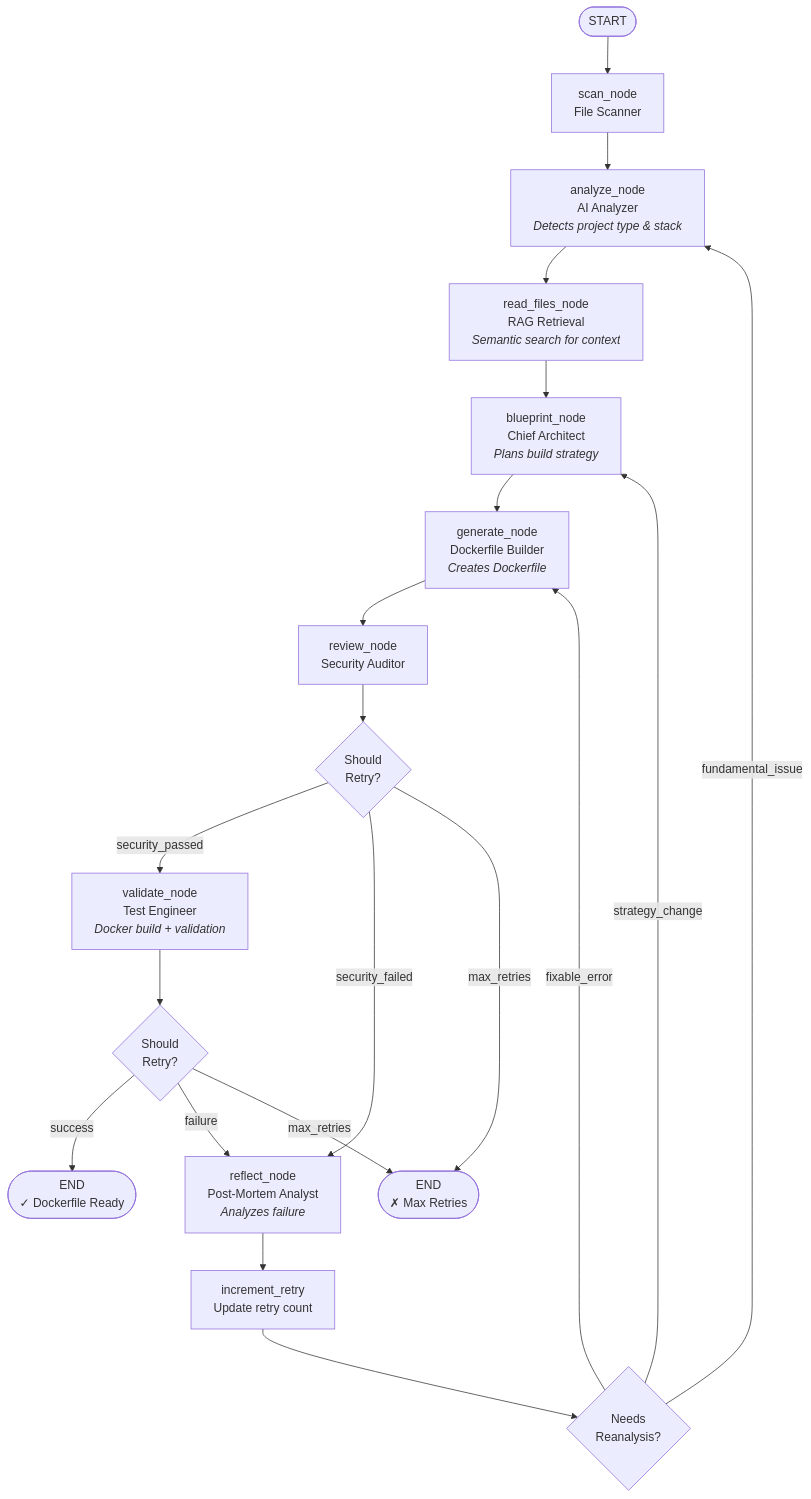
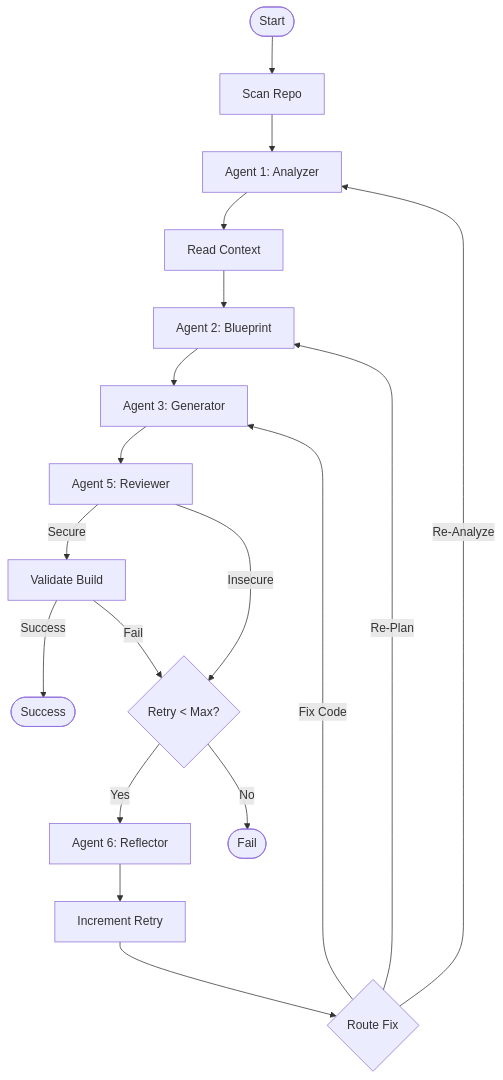
Before and after one commit to actions-marketplace-validations/itzzjb_dockai: the diagram in README.md, drawn with Mermaid. The commit also changed other lines of this file and 1 other file, not shown here.

Commit message:
feat: introduce Iterative Generator and Error Analyzer agents, and update architecture diagrams and agent role descriptions.

````diff
--- a/README.md
+++ b/README.md
@@ -58,26 +60,25 @@
 ```mermaid
-flowchart TD
-    Start([START]) --> Scan[scan_node<br/>File Scanner]
-    Scan --> Analyze[analyze_node<br/>AI Analyzer<br/><i>Detects project type & stack</i>]
-    Analyze --> ReadFiles[read_files_node<br/>RAG Retrieval<br/><i>Semantic search for context</i>]
-    ReadFiles --> Blueprint[blueprint_node<br/>Chief Architect<br/><i>Plans build strategy</i>]
-    Blueprint --> Generate[generate_node<br/>Dockerfile Builder<br/><i>Creates Dockerfile</i>]
+graph TD
+    Start([Start]) --> Scan[Scan Repo]
+    Scan --> Analyze[Agent 1: Analyzer]
+    Analyze --> ReadFiles[Read Context]
+    ReadFiles --> Blueprint[Agent 2: Blueprint]
+    Blueprint --> Generate[Agent 3: Generator]
+    Generate --> Review[Agent 5: Reviewer]
     
-    Generate --> Review[review_node<br/>Security Auditor]
+    Review -->|Secure| Validate[Validate Build]
+    Review -->|Insecure| CheckRetry{Retry < Max?}
     
-    Review --> ShouldRetryReview{Should<br/>Retry?}
-    ShouldRetryReview -->|security_passed| Validate
-    ShouldRetryReview -->|security_failed| Reflect
-    ShouldRetryReview -->|max_retries| Stop([END<br/>✗ Max Retries])
+    Validate -->|Success| End([Success])
+    Validate -->|Fail| CheckRetry
     
-    Validate[validate_node<br/>Test Engineer<br/><i>Docker build + validation</i>] --> ShouldRetry{Should<br/>Retry?}
-    ShouldRetry -->|success| End([END<br/>✓ Dockerfile Ready])
-    ShouldRetry -->|failure| Reflect[reflect_node<br/>Post-Mortem Analyst<br/><i>Analyzes failure</i>]
-    ShouldRetry -->|max_retries| Stop
+    CheckRetry -->|Yes| Reflect[Agent 6: Reflector]
+    CheckRetry -->|No| EndFail([Fail])
     
-    Reflect --> Increment[increment_retry<br/>Update retry count]
-    Increment --> NeedsReanalysis{Needs<br/>Reanalysis?}
-    NeedsReanalysis -->|fundamental_issue| Analyze
-    NeedsReanalysis -->|strategy_change| Blueprint
-    NeedsReanalysis -->|fixable_error| Generate
+    Reflect --> IncRetry[Increment Retry]
+    IncRetry --> Route{Route Fix}
+    
+    Route -->|Re-Analyze| Analyze
+    Route -->|Re-Plan| Blueprint
+    Route -->|Fix Code| Generate
 ```
````
